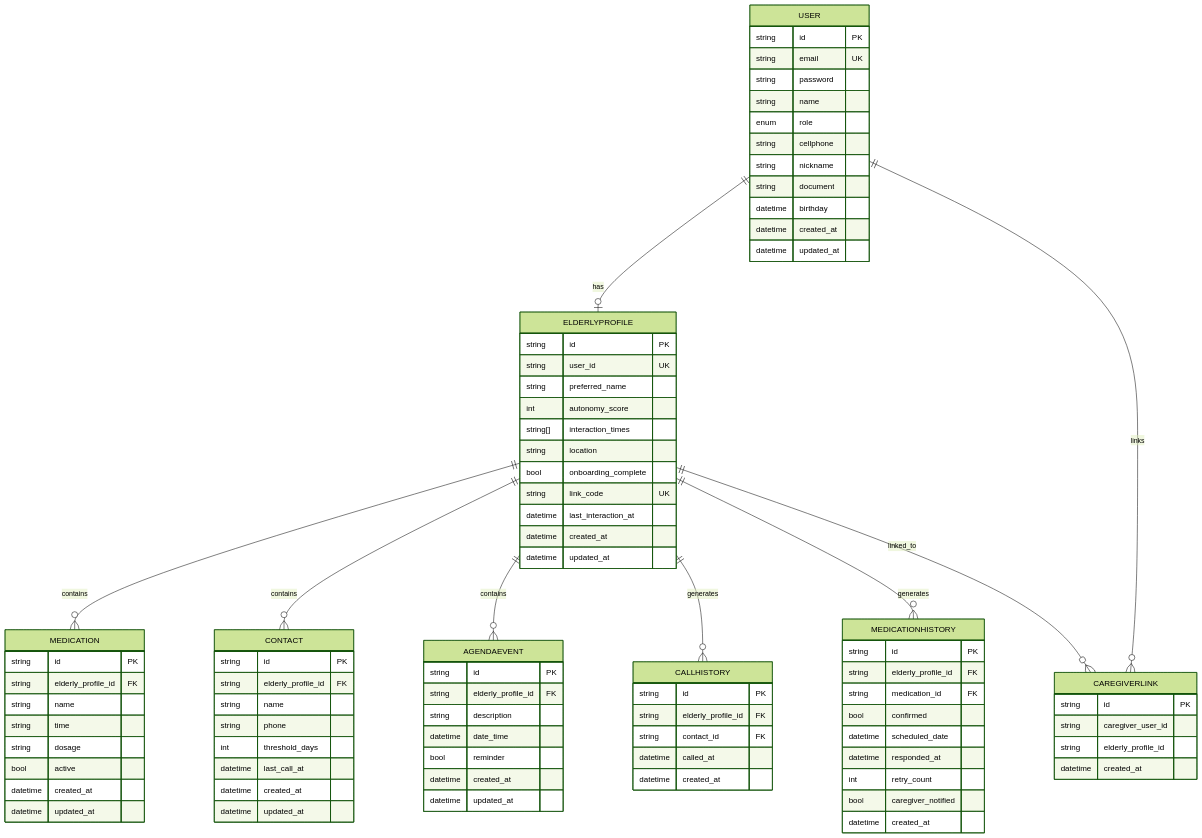
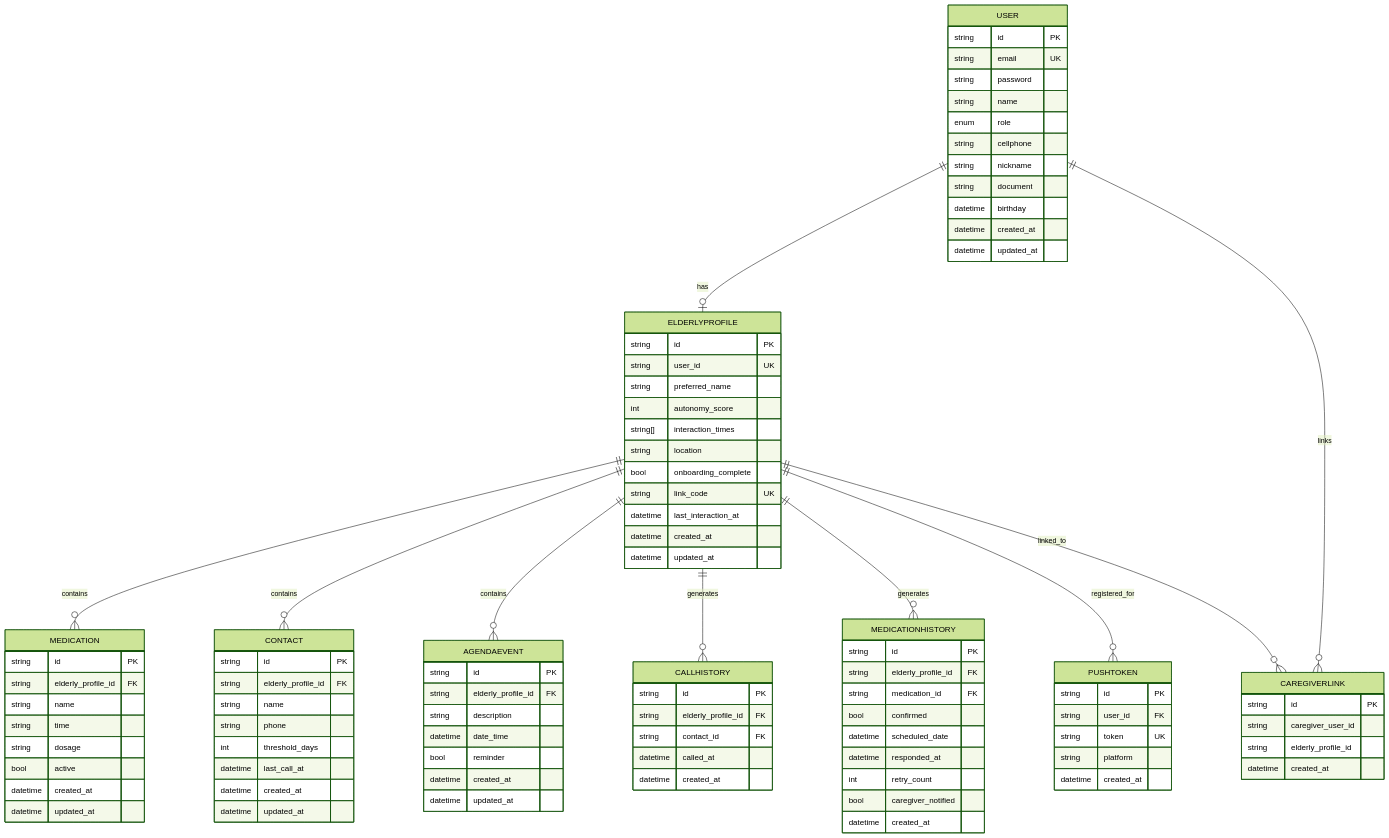
Before and after one commit to jairosouza67/99-Pai: diagram 11 of 11 in .qoder/repowiki/en/content/Elderly Care Management.md, drawn with Mermaid (forest theme). The commit also changed other lines of this file and 17 other files, not shown here.

````diff
--- a/.qoder/repowiki/en/content/Elderly Care Management.md
+++ b/.qoder/repowiki/en/content/Elderly Care Management.md
@@ -443,6 +733,13 @@
 datetime created_at
 datetime updated_at
 }
+PUSHTOKEN {
+string id PK
+string user_id FK
+string token UK
+string platform
+datetime created_at
+}
 CAREGIVERLINK {
 string id PK
 string caregiver_user_id
@@ -455,6 +752,7 @@
 ELDERLYPROFILE ||--o{ AGENDAEVENT : "contains"
 ELDERLYPROFILE ||--o{ CALLHISTORY : "generates"
 ELDERLYPROFILE ||--o{ MEDICATIONHISTORY : "generates"
+ELDERLYPROFILE ||--o{ PUSHTOKEN : "registered_for"
 USER ||--o{ CAREGIVERLINK : "links"
 ELDERLYPROFILE ||--o{ CAREGIVERLINK : "linked_to"
 ```
````
